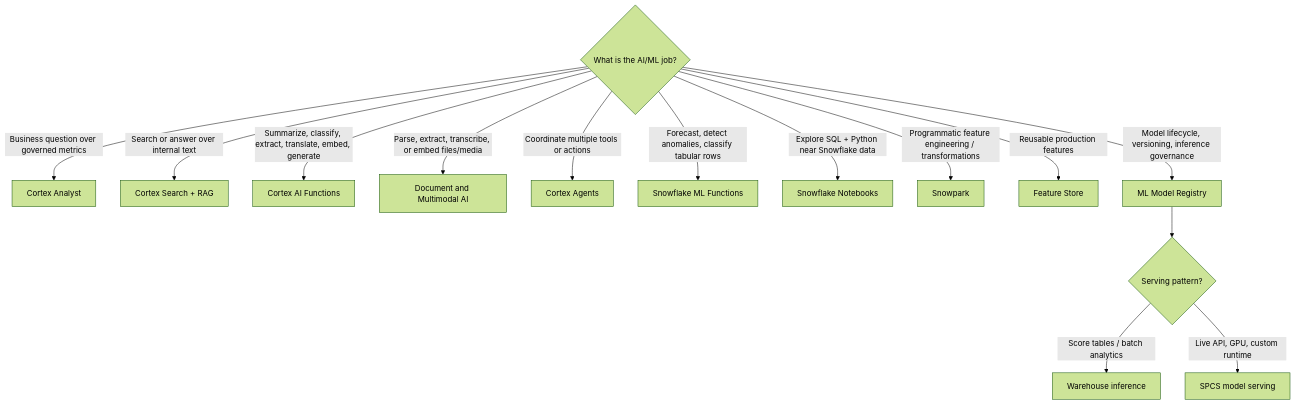
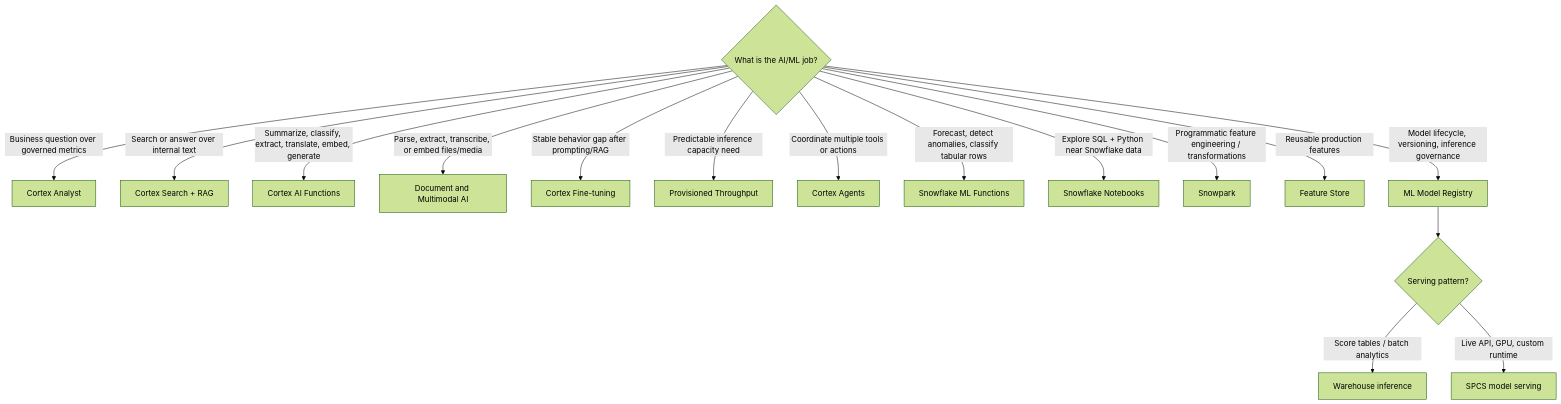
One commit to shonningsoy/Upskill changed the diagram in 80 Comparisons and Decision Notes/Decision Notes/Decisions - Choosing a Snowflake AI and ML Pattern.md. Above: the diagram before and after it, drawn with Mermaid (forest theme). The commit also changed other lines of this file and 1 other file, not shown here.

Commit message:
Expand Snowflake Cortex fine-tuning lifecycle note

````diff
--- a/80 Comparisons and Decision Notes/Decision Notes/Decisions - Choosing a Snowflake AI and ML Pattern.md
+++ b/80 Comparisons and Decision Notes/Decision Notes/Decisions - Choosing a Snowflake AI and ML Pattern.md
@@ -38,16 +40,18 @@
 ```mermaid
 flowchart TD
     A{What is the AI/ML job?} -->|Business question over governed metrics| B[Cortex Analyst]
     A -->|Search or answer over internal text| S[Cortex Search + RAG]
     A -->|Summarize, classify, extract, translate, embed, generate| C[Cortex AI Functions]
     A -->|Parse, extract, transcribe, or embed files/media| DM[Document and Multimodal AI]
+    A -->|Stable behavior gap after prompting/RAG| FT[Cortex Fine-tuning]
+    A -->|Predictable inference capacity need| PT[Provisioned Throughput]
     A -->|Coordinate multiple tools or actions| J[Cortex Agents]
     A -->|Forecast, detect anomalies, classify tabular rows| M[Snowflake ML Functions]
     A -->|Explore SQL + Python near Snowflake data| D[Snowflake Notebooks]
     A -->|Programmatic feature engineering / transformations| E[Snowpark]
     A -->|Reusable production features| FS[Feature Store]
     A -->|Model lifecycle, versioning, inference governance| F[ML Model Registry]
     F --> G{Serving pattern?}
     G -->|Score tables / batch analytics| H[Warehouse inference]
     G -->|Live API, GPU, custom runtime| I[SPCS model serving]
 ```
````
